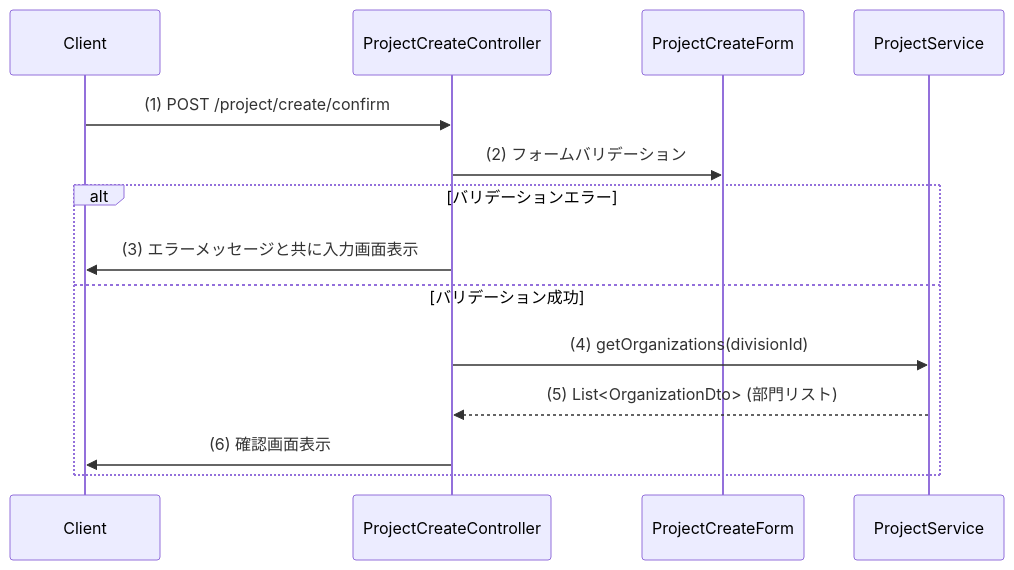
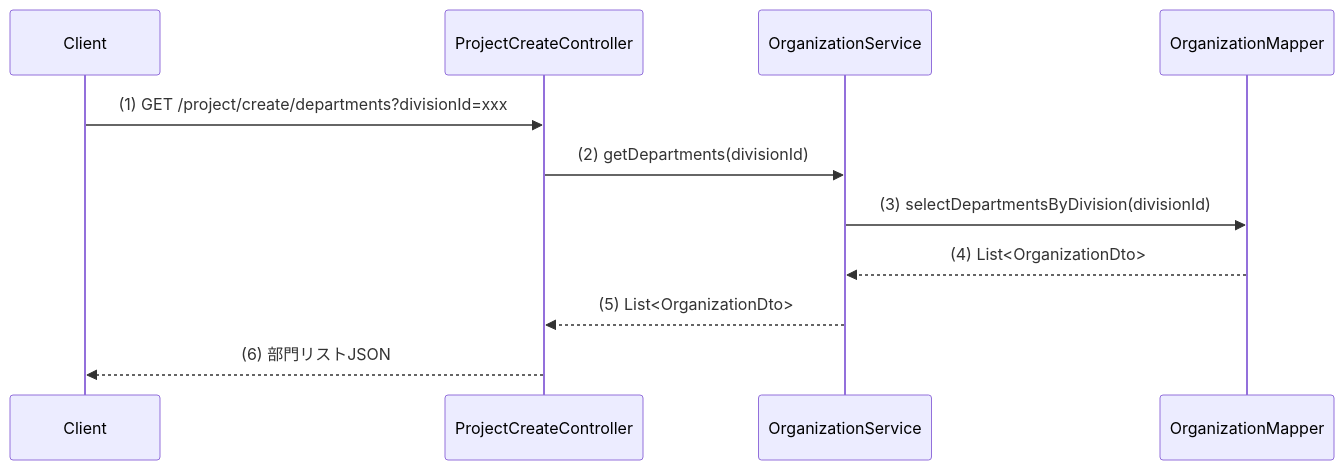
Before and after one commit to nagaoka-aya/rta-with-ai-2: the third of 4 diagrams in web/docs/plan/プロジェクト登録の実装計画.md, drawn with Mermaid. The commit also changed other lines of this file and 1 other file, not shown here.

````diff
--- a/web/docs/plan/プロジェクト登録の実装計画.md
+++ b/web/docs/plan/プロジェクト登録の実装計画.md
@@ -116,17 +146,14 @@
 ```mermaid
 sequenceDiagram
     participant Client
     participant ProjectCreateController
-    participant ProjectCreateForm
-    participant ProjectService
+    participant OrganizationService
+    participant OrganizationMapper
     
-    Client ->> ProjectCreateController: (1) POST /project/create/confirm
-    ProjectCreateController ->> ProjectCreateForm: (2) フォームバリデーション
-    alt バリデーションエラー
-        ProjectCreateController ->> Client: (3) エラーメッセージと共に入力画面表示
-    else バリデーション成功
-        ProjectCreateController ->> ProjectService: (4) getOrganizations(divisionId)
-        ProjectService -->> ProjectCreateController: (5) List<OrganizationDto> (部門リスト)
-        ProjectCreateController ->> Client: (6) 確認画面表示
-    end
+    Client ->> ProjectCreateController: (1) GET /project/create/departments?divisionId=xxx
+    ProjectCreateController ->> OrganizationService: (2) getDepartments(divisionId)
+    OrganizationService ->> OrganizationMapper: (3) selectDepartmentsByDivision(divisionId)
+    OrganizationMapper -->> OrganizationService: (4) List<OrganizationDto>
+    OrganizationService -->> ProjectCreateController: (5) List<OrganizationDto>
+    ProjectCreateController -->> Client: (6) 部門リストJSON
 ```
````
